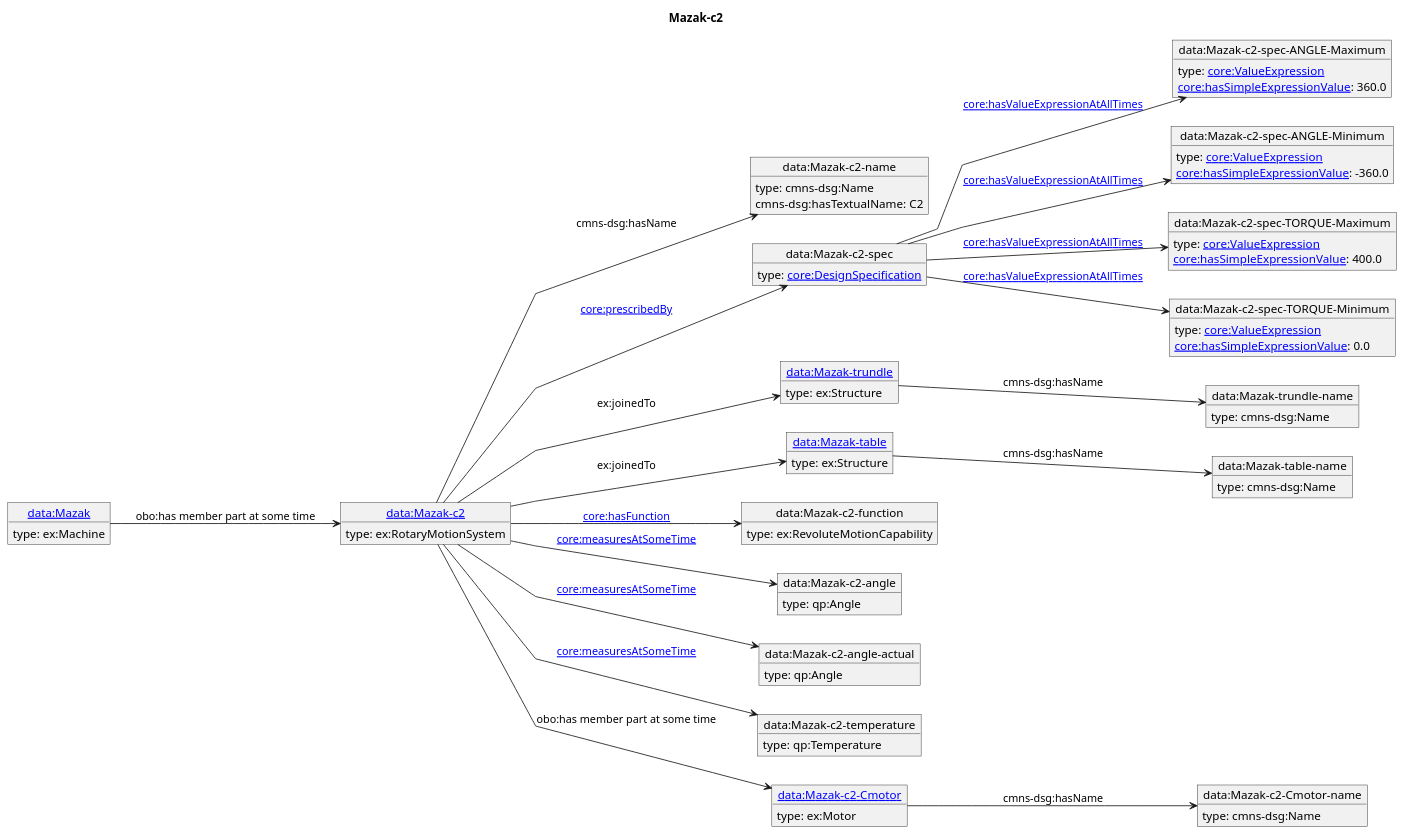
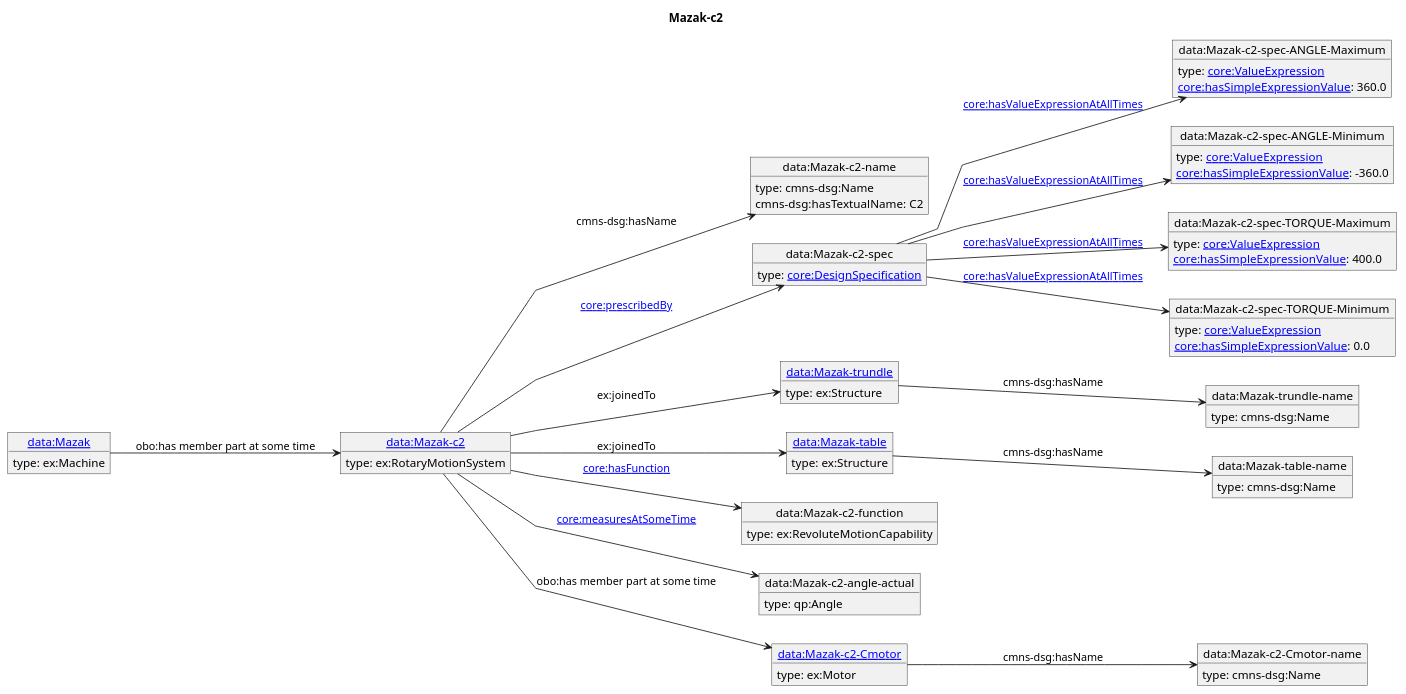
One commit to iofoundry/example-syseng-mtconnect changed the diagram in diagrams/Mazak-c2.puml. Above: the diagram before and after it, drawn with PlantUML. The commit also changed 25 other files, not shown here.

```diff
--- a/diagrams/Mazak-c2.puml
+++ b/diagrams/Mazak-c2.puml
@@ -1,81 +1,73 @@
 @startuml
 skinparam linetype polyline
 left to right direction
 title Mazak-c2
 object "[[./Mazak-c2.html data:Mazak-c2]]" as o1 {
  type: ex:RotaryMotionSystem 
 }
 object "data:Mazak-c2-name" as o2 {
  type: cmns-dsg:Name 
 }
 object "data:Mazak-c2-spec" as o3 {
  type: [[https://spec.industrialontologies.org/ontology/core/Core/DesignSpecification core:DesignSpecification]] 
 }
 object "data:Mazak-c2-spec-ANGLE-Maximum" as o4 {
  type: [[https://spec.industrialontologies.org/ontology/core/Core/ValueExpression core:ValueExpression]] 
 }
 object "data:Mazak-c2-spec-ANGLE-Minimum" as o5 {
  type: [[https://spec.industrialontologies.org/ontology/core/Core/ValueExpression core:ValueExpression]] 
 }
 object "data:Mazak-c2-spec-TORQUE-Maximum" as o6 {
  type: [[https://spec.industrialontologies.org/ontology/core/Core/ValueExpression core:ValueExpression]] 
 }
 object "data:Mazak-c2-spec-TORQUE-Minimum" as o7 {
  type: [[https://spec.industrialontologies.org/ontology/core/Core/ValueExpression core:ValueExpression]] 
 }
 object "[[./Mazak-trundle.html data:Mazak-trundle]]" as o8 {
  type: ex:Structure 
 }
 object "data:Mazak-trundle-name" as o9 {
  type: cmns-dsg:Name 
 }
 object "[[./Mazak-table.html data:Mazak-table]]" as o10 {
  type: ex:Structure 
 }
 object "data:Mazak-table-name" as o11 {
  type: cmns-dsg:Name 
 }
 object "data:Mazak-c2-function" as o12 {
  type: ex:RevoluteMotionCapability 
 }
-object "data:Mazak-c2-angle" as o13 {
+object "data:Mazak-c2-angle-actual" as o13 {
  type: qp:Angle 
 }
-object "data:Mazak-c2-angle-actual" as o14 {
- type: qp:Angle 
-}
-object "data:Mazak-c2-temperature" as o15 {
- type: qp:Temperature 
-}
-object "[[./Mazak-c2-Cmotor.html data:Mazak-c2-Cmotor]]" as o16 {
+object "[[./Mazak-c2-Cmotor.html data:Mazak-c2-Cmotor]]" as o14 {
  type: ex:Motor 
 }
-object "data:Mazak-c2-Cmotor-name" as o17 {
+object "data:Mazak-c2-Cmotor-name" as o15 {
  type: cmns-dsg:Name 
 }
-object "[[./Mazak.html data:Mazak]]" as o18 {
+object "[[./Mazak.html data:Mazak]]" as o16 {
  type: ex:Machine 
 }
 o1 --> o2 : cmns-dsg:hasName
 o2 : cmns-dsg:hasTextualName: C2
 o1 --> o3 : [[https://spec.industrialontologies.org/ontology/core/Core/prescribedBy core:prescribedBy]]
 o3 --> o4 : [[https://spec.industrialontologies.org/ontology/core/Core/hasValueExpressionAtAllTimes core:hasValueExpressionAtAllTimes]]
 o4 : [[https://spec.industrialontologies.org/ontology/core/Core/hasSimpleExpressionValue core:hasSimpleExpressionValue]]: 360.0
 o3 --> o5 : [[https://spec.industrialontologies.org/ontology/core/Core/hasValueExpressionAtAllTimes core:hasValueExpressionAtAllTimes]]
 o5 : [[https://spec.industrialontologies.org/ontology/core/Core/hasSimpleExpressionValue core:hasSimpleExpressionValue]]: -360.0
 o3 --> o6 : [[https://spec.industrialontologies.org/ontology/core/Core/hasValueExpressionAtAllTimes core:hasValueExpressionAtAllTimes]]
 o6 : [[https://spec.industrialontologies.org/ontology/core/Core/hasSimpleExpressionValue core:hasSimpleExpressionValue]]: 400.0
 o3 --> o7 : [[https://spec.industrialontologies.org/ontology/core/Core/hasValueExpressionAtAllTimes core:hasValueExpressionAtAllTimes]]
 o7 : [[https://spec.industrialontologies.org/ontology/core/Core/hasSimpleExpressionValue core:hasSimpleExpressionValue]]: 0.0
 o1 --> o8 : ex:joinedTo
 o8 --> o9 : cmns-dsg:hasName
 o1 --> o10 : ex:joinedTo
 o10 --> o11 : cmns-dsg:hasName
 o1 --> o12 : [[https://spec.industrialontologies.org/ontology/core/Core/hasFunction core:hasFunction]]
 o1 --> o13 : [[https://spec.industrialontologies.org/ontology/core/Core/measuresAtSomeTime core:measuresAtSomeTime]]
-o1 --> o14 : [[https://spec.industrialontologies.org/ontology/core/Core/measuresAtSomeTime core:measuresAtSomeTime]]
-o1 --> o15 : [[https://spec.industrialontologies.org/ontology/core/Core/measuresAtSomeTime core:measuresAtSomeTime]]
-o1 --> o16 : obo:has member part at some time
-o16 --> o17 : cmns-dsg:hasName
-o18 --> o1 : obo:has member part at some time
+o1 --> o14 : obo:has member part at some time
+o14 --> o15 : cmns-dsg:hasName
+o16 --> o1 : obo:has member part at some time
 @enduml
```
